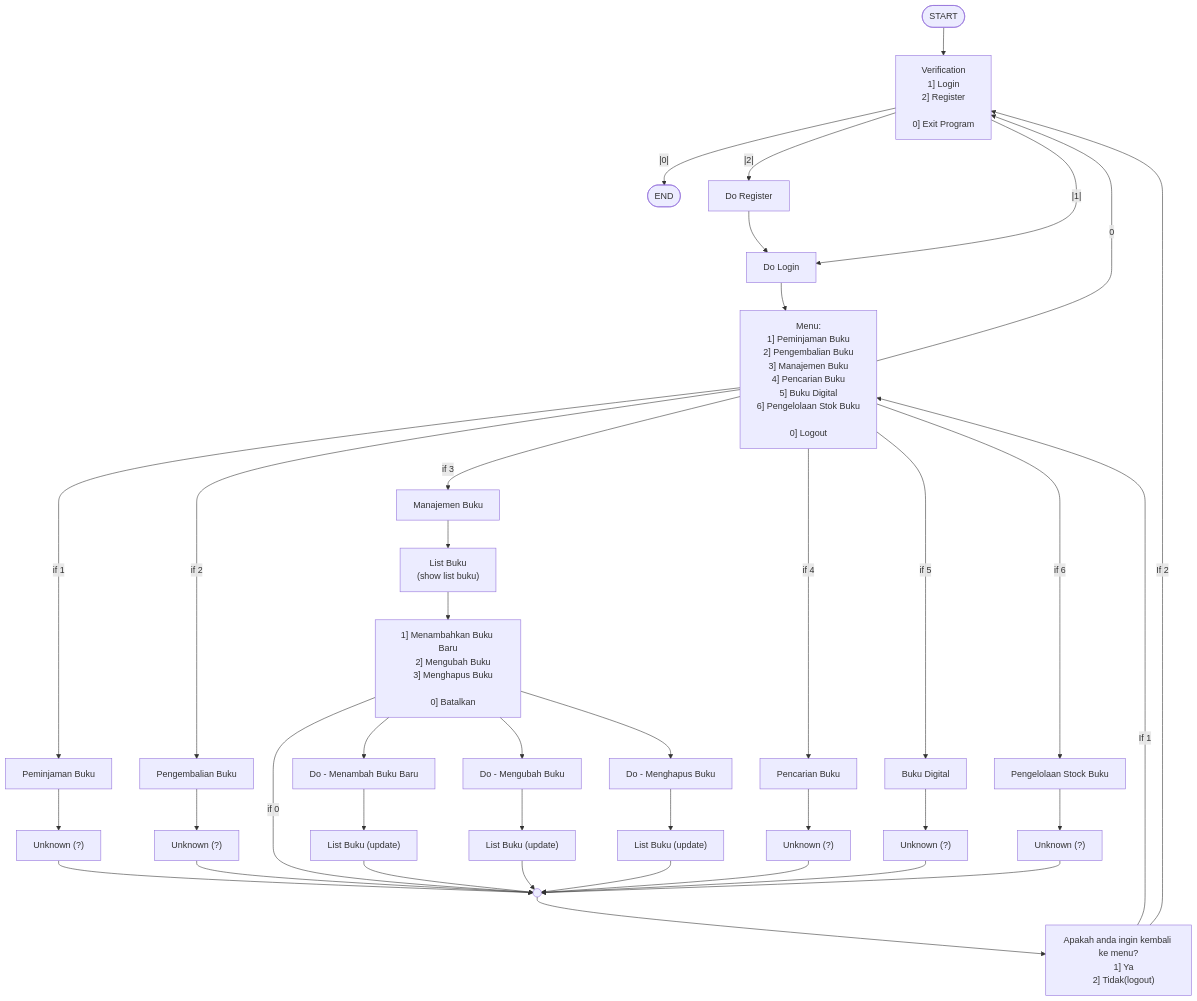
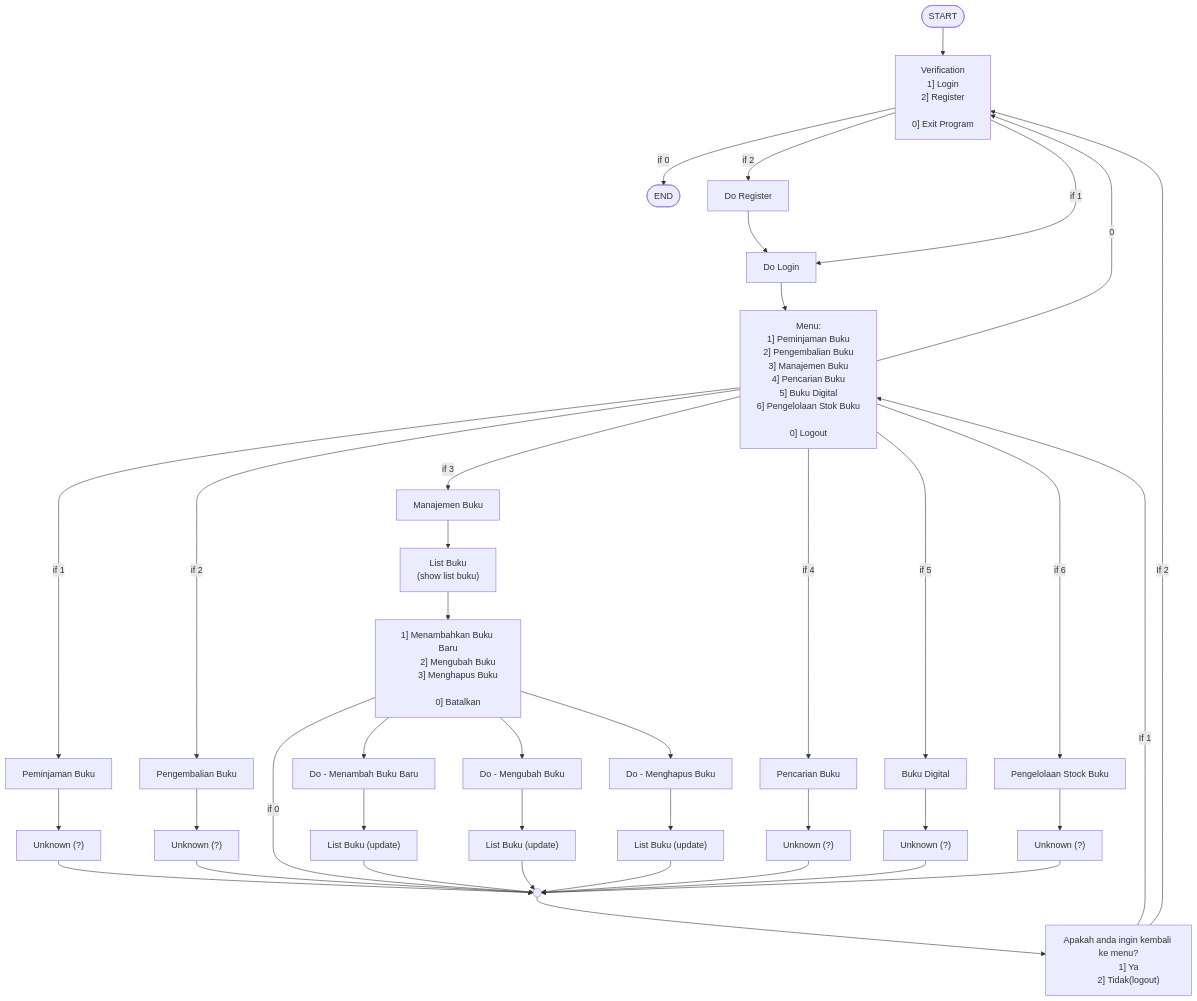
Before and after one commit to Dhnillhaq/Project-Sistem-Peminjaman: the diagram in project-team-flowchart.md, drawn with Mermaid.

Commit message:
chore: flowchart display error

````diff
--- a/project-team-flowchart.md
+++ b/project-team-flowchart.md
@@ -16,5 +16,6 @@
 ```mermaid
-    flowchart TD
+
+flowchart TD
     START(["START"]) --> DecLogReg["
         Verification
         1] Login
@@ -24,14 +25,14 @@
     "]
 
     %% 0] Exit Program
-    DecLogReg --|0|--> END(["END"])
+    DecLogReg --if 0--> END(["END"])
 
     %% 2] Register
-    DecLogReg --|2|--> Register["Do Register"]
+    DecLogReg --if 2--> Register["Do Register"]
     Register --> Login
 
     %% 1] Login
-    DecLogReg --|1|--> Login["Do Login"]
+    DecLogReg --if 1--> Login["Do Login"]
     Login --> Menu["Menu:
         1] Peminjaman Buku
         2] Pengembalian Buku
````
